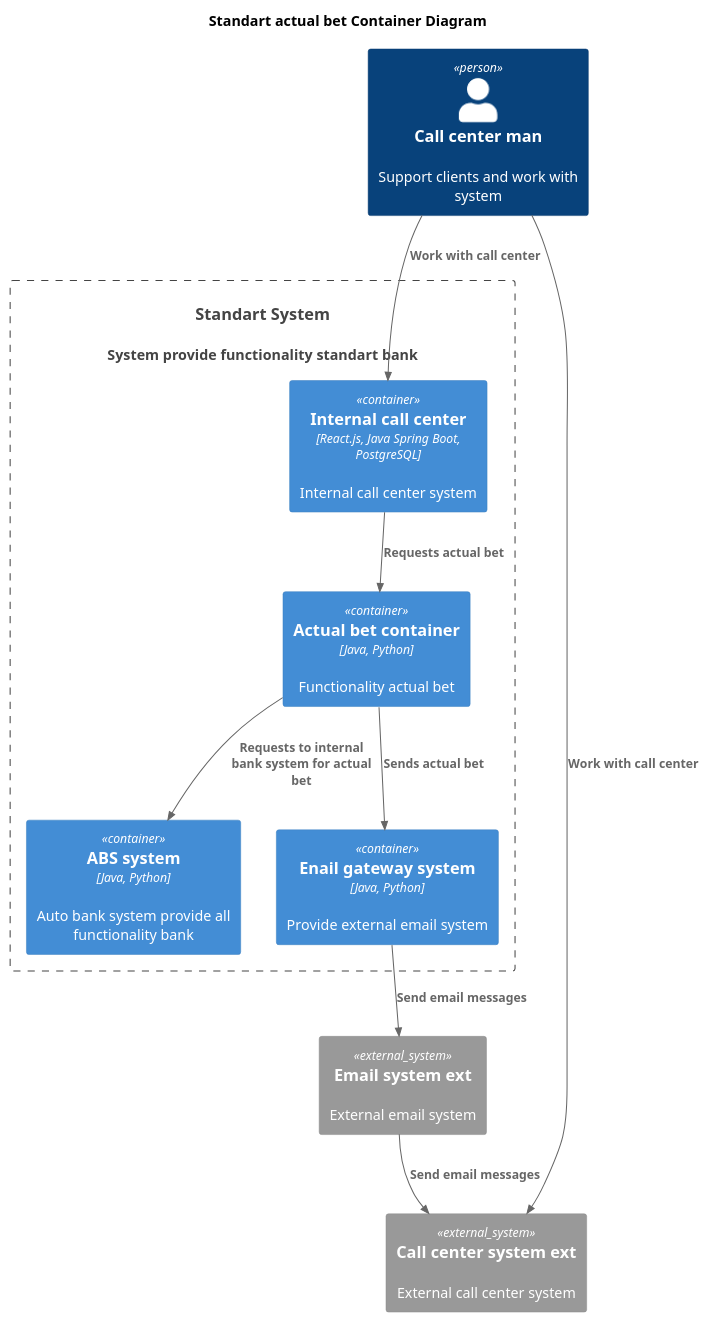
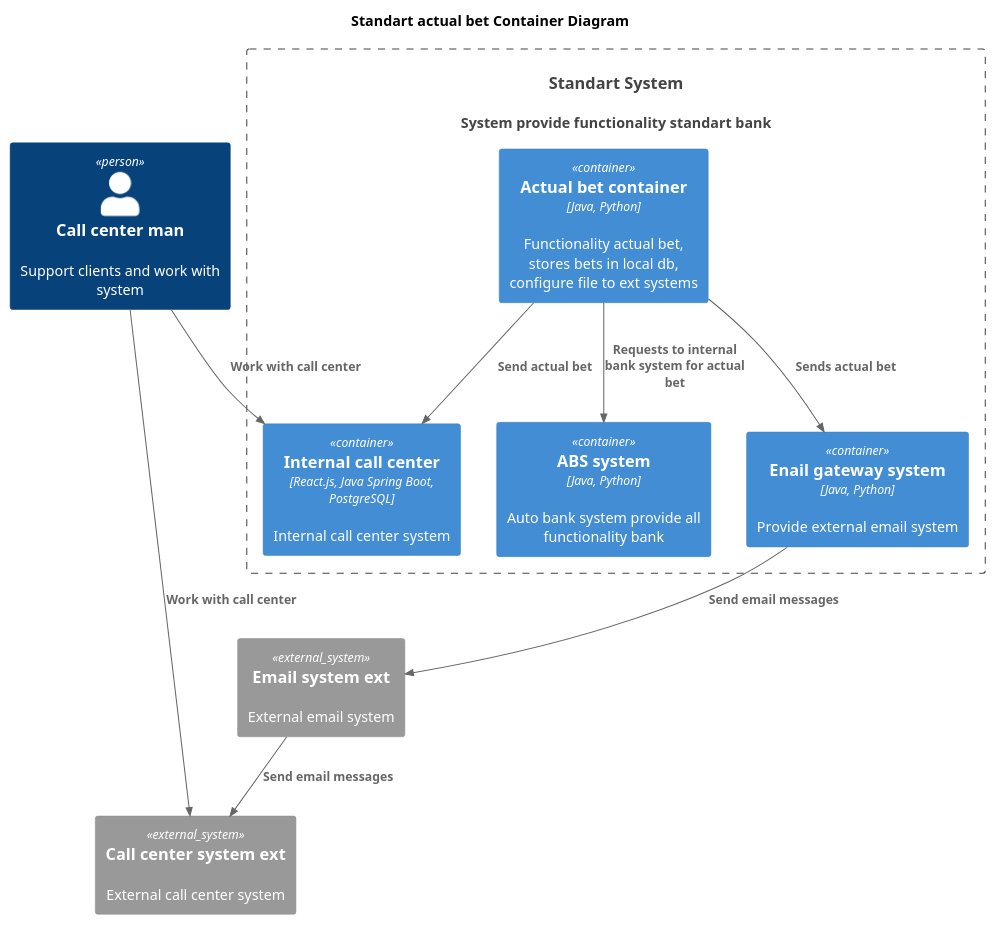
Before and after one commit to baranovilyaserg/architecture-pro-standart: the diagram in Task4/container.puml, drawn with PlantUML. The commit also changed 11 other files, not shown here.

```diff
--- a/Task4/container.puml
+++ b/Task4/container.puml
@@ -1,32 +1,32 @@
 @startuml
 title Standart actual bet Container Diagram
 
 top to bottom direction
 
 !includeurl https://raw.githubusercontent.com/RicardoNiepel/C4-PlantUML/master/C4_Component.puml
 
 
 Person(callcenterman, "Call center man", "Support clients and work with system")
 
 System(StandartSystem, "Standart System", "System provide functionality standart bank")
 
 Container_Boundary(StandartSystem, "Standart System") {
 
   Container(ABS, "ABS system", "Java, Python", "Auto bank system provide all functionality bank")
-  Container(ActualBetContainer, "Actual bet container", "Java, Python", "Functionality actual bet")
+  Container(ActualBetContainer, "Actual bet container", "Java, Python", "Functionality actual bet, stores bets in local db, configure file to ext systems")
   Container(EmailGateWay, "Enail gateway system", "Java, Python", "Provide external email system")
   Container(InternalCallCenter, "Internal call center", "React.js, Java Spring Boot, PostgreSQL", "Internal call center system")
 }
 
 System_Ext(ExtCallCenterSystem, "Call center system ext", "External call center system")
 System_Ext(ExtEmailSystem, "Email system ext", "External email system")
 
 Rel(callcenterman, ExtCallCenterSystem, "Work with call center")
 Rel(callcenterman, InternalCallCenter, "Work with call center")
 
 Rel(ActualBetContainer, ABS, "Requests to internal bank system for actual bet")
-Rel(InternalCallCenter, ActualBetContainer, "Requests actual bet")
+Rel(ActualBetContainer, InternalCallCenter, "Send actual bet")
 Rel(ActualBetContainer, EmailGateWay, "Sends actual bet")
 Rel(EmailGateWay, ExtEmailSystem, "Send email messages")
 Rel(ExtEmailSystem, ExtCallCenterSystem, "Send email messages")
 @enduml
```
